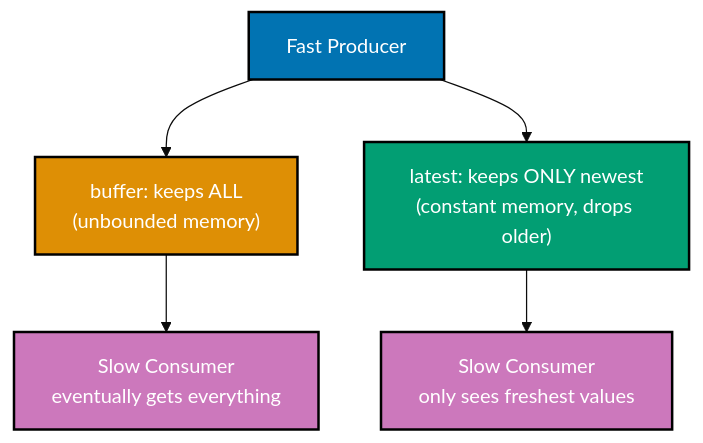
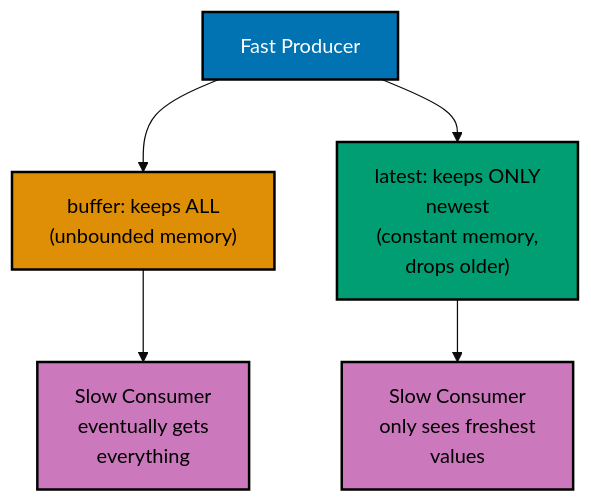
Diagram 12 of 15 in apps/ayokoding-www/content/en/learn/courses/concurrency-and-parallelism/learning/advanced.md (wahidyankf/ose-public), drawn with Mermaid (base theme) before and after one commit. The commit also changed other lines of this file and 144 other files, not shown here.

First line of the commit message:
fix(mermaid): bring the first half of the courses diagrams onto the accessible palette

````diff
--- a/apps/ayokoding-www/content/en/learn/courses/concurrency-and-parallelism/learning/advanced.md
+++ b/apps/ayokoding-www/content/en/learn/courses/concurrency-and-parallelism/learning/advanced.md
@@ -3107,13 +3139,16 @@
 ```mermaid
 %% Color Palette: Blue #0173B2, Orange #DE8F05, Teal #029E73, Purple #CC78BC
 flowchart TB
+    accTitle: Example 84: Backpressure Strategies -- Buffer-All vs Keep-Latest
+    accDescr: Flowchart with 5 nodes and 4 connections. Nodes: Fast Producer, buffer: keeps ALL (unbounded memory), latest: keeps ONLY newest (constant memory, drops older), Slow Consumer eventually gets everything, Slow Consumer only sees freshest values. Connections: Fast Producer to buffer: keeps ALL (unbounded memory), Fast Producer to latest: keeps ONLY newest (constant memory, drops older), buffer: keeps ALL (unbounded memory) to Slow Consumer eventually gets everything, latest: keeps ONLY newest (constant memory, drops older) to Slow Consumer only sees freshest values.
     P["Fast Producer"]:::blue --> B["buffer: keeps ALL<br/>(unbounded memory)"]:::orange
-    P --> L["latest: keeps ONLY newest<br/>(constant memory, drops older)"]:::teal
-    B --> C1["Slow Consumer<br/>eventually gets everything"]:::purple
-    L --> C2["Slow Consumer<br/>only sees freshest values"]:::purple
+    P --> L["latest: keeps ONLY<br/>newest<br/>(constant memory,<br/>drops older)"]:::teal
+    B --> C1["Slow Consumer<br/>eventually gets<br/>everything"]:::purple
+    L --> C2["Slow Consumer<br/>only sees freshest<br/>values"]:::purple
 
     classDef blue fill:#0173B2,stroke:#000000,color:#FFFFFF,stroke-width:2px
-    classDef orange fill:#DE8F05,stroke:#000000,color:#FFFFFF,stroke-width:2px
-    classDef teal fill:#029E73,stroke:#000000,color:#FFFFFF,stroke-width:2px
-    classDef purple fill:#CC78BC,stroke:#000000,color:#FFFFFF,stroke-width:2px
+    classDef orange fill:#DE8F05,stroke:#000000,color:#000000,stroke-width:2px
+    classDef teal fill:#029E73,stroke:#000000,color:#000000,stroke-width:2px
+    classDef purple fill:#CC78BC,stroke:#000000,color:#000000,stroke-width:2px
+    classDef default fill:#FFFFFF,stroke:#000000,color:#000000
 ```
````
